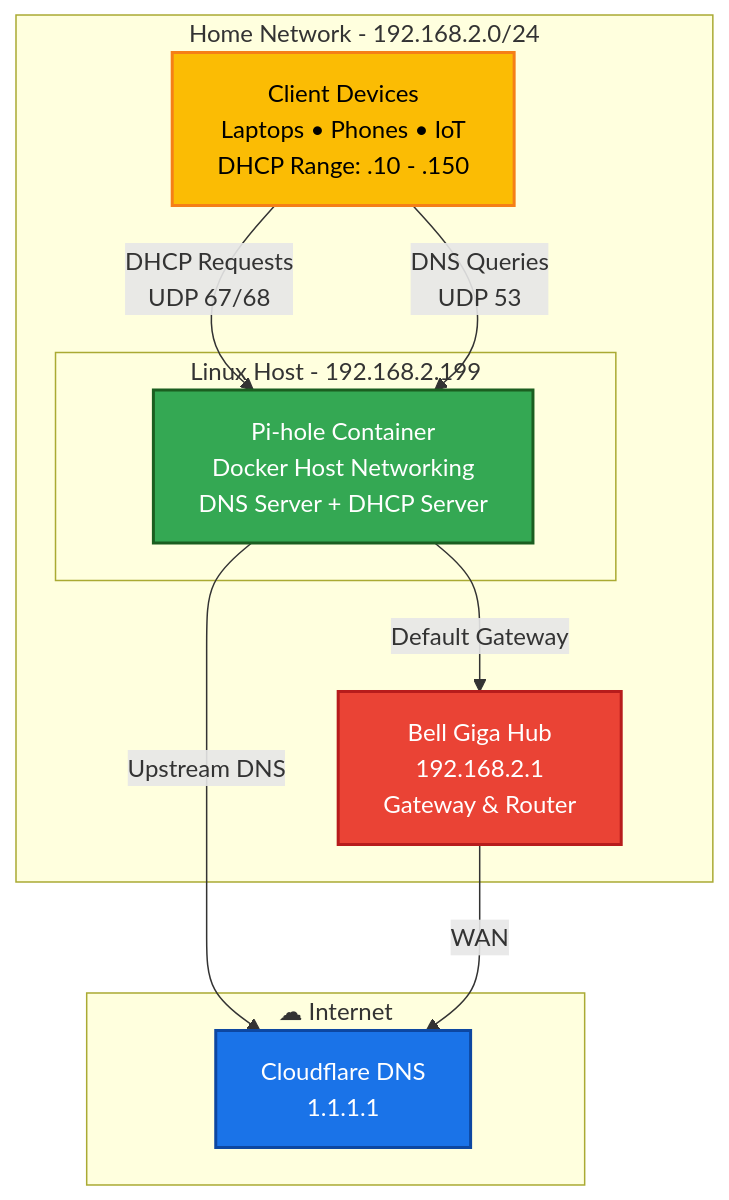
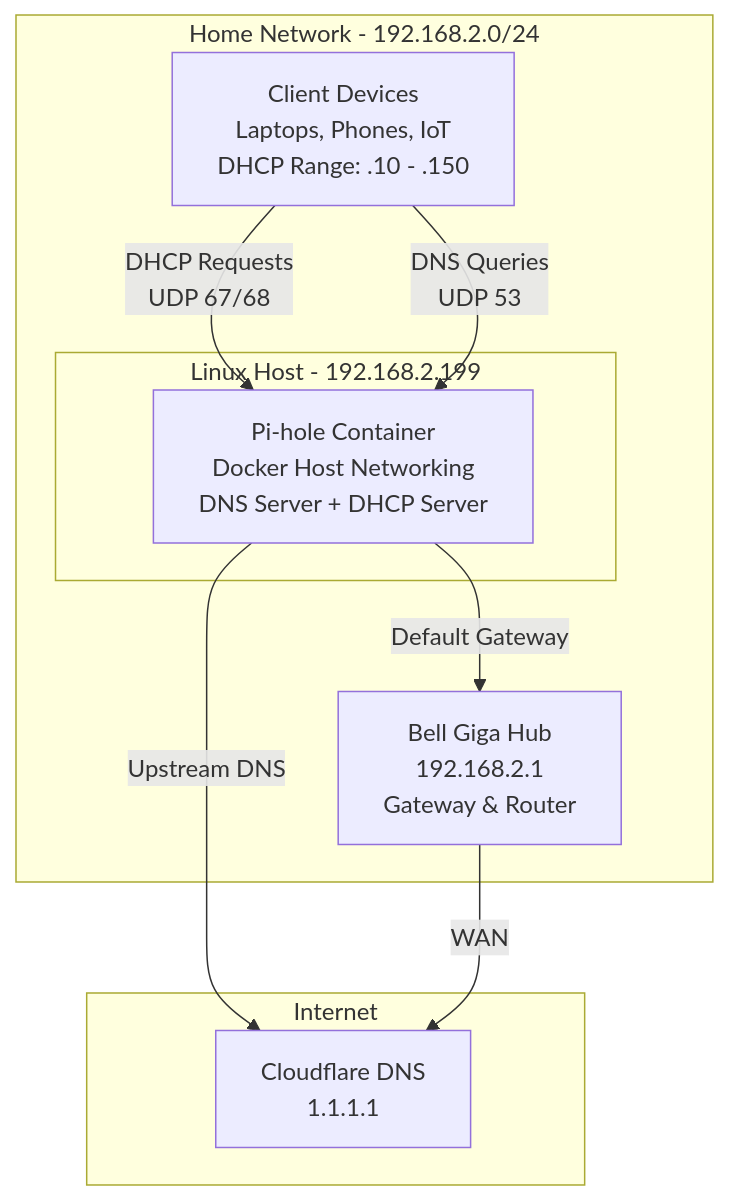
One commit to nicholasclauser/linux-dhcp-dns-migration-docker-pihole changed the diagram in README.md. Above: the diagram before and after it, drawn with Mermaid. The commit also changed other lines of this file, not shown here.

Commit message:
Reword README and simplify the topology diagram

````diff
--- a/README.md
+++ b/README.md
@@ -18,32 +17,22 @@
 ```mermaid
 graph TB
-    subgraph Internet ["☁ Internet"]
+    subgraph Internet ["Internet"]
         CF[Cloudflare DNS<br/>1.1.1.1]
     end
-    
+
     subgraph HomeNet ["Home Network - 192.168.2.0/24"]
         GW[Bell Giga Hub<br/>192.168.2.1<br/>Gateway & Router]
-        
+
         subgraph LinuxHost ["Linux Host - 192.168.2.199"]
             PH[Pi-hole Container<br/>Docker Host Networking<br/>DNS Server + DHCP Server]
         end
-        
-        CLIENTS[Client Devices<br/>Laptops • Phones • IoT<br/>DHCP Range: .10 - .150]
+
+        CLIENTS[Client Devices<br/>Laptops, Phones, IoT<br/>DHCP Range: .10 - .150]
     end
-    
+
     CLIENTS -->|DHCP Requests<br/>UDP 67/68| PH
     CLIENTS -->|DNS Queries<br/>UDP 53| PH
     PH -->|Upstream DNS| CF
     PH -->|Default Gateway| GW
     GW -->|WAN| CF
-    
-    classDef internet fill:#1a73e8,stroke:#0d47a1,stroke-width:2px,color:#fff
-    classDef gateway fill:#ea4335,stroke:#b71c1c,stroke-width:2px,color:#fff
-    classDef server fill:#34a853,stroke:#1b5e20,stroke-width:2px,color:#fff
-    classDef clients fill:#fbbc04,stroke:#f57f17,stroke-width:2px,color:#000
-    
-    class CF internet
-    class GW gateway
-    class PH server
-    class CLIENTS clients
 ```
````
